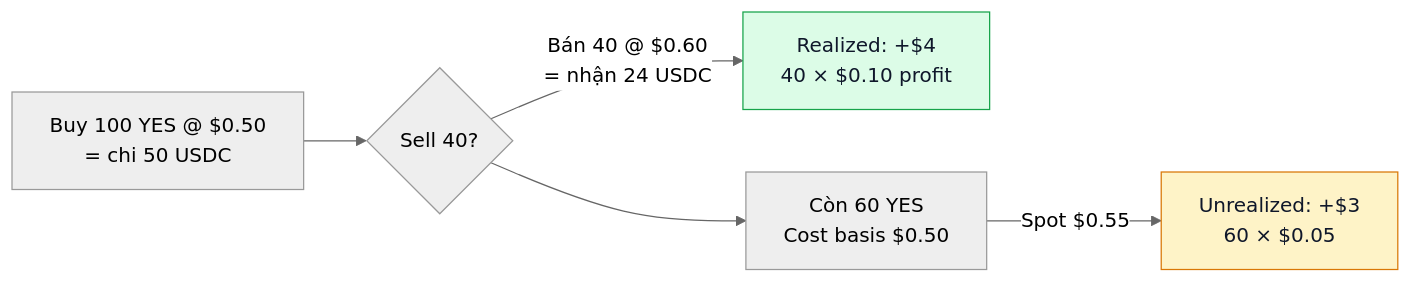
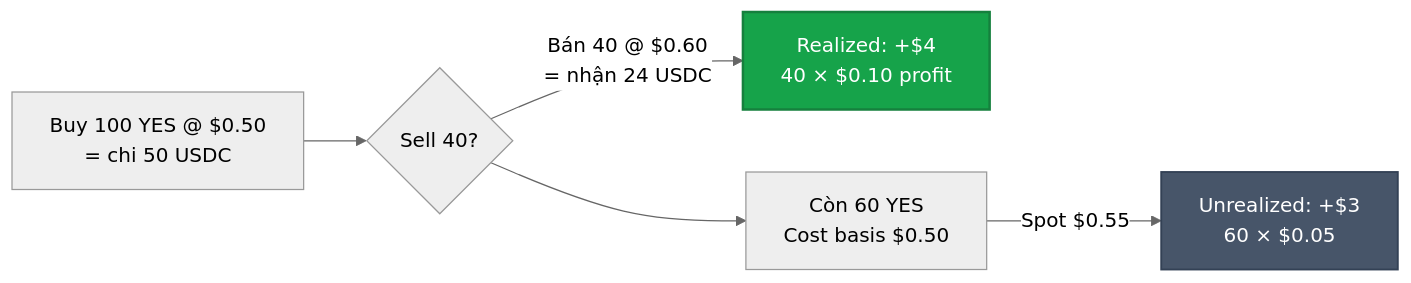
Before and after one commit to PrediX-Protocol/predix-docs: the second of 3 diagrams in vi_v6/huong-dan/portfolio.md, drawn with Mermaid (neutral theme). The commit also changed other lines of this file and 32 other files, not shown here.

First line of the commit message:
docs(vi_v6): redesign Mermaid theme — solid mid-tone palette + dark theme

````diff
--- a/vi_v6/huong-dan/portfolio.md
+++ b/vi_v6/huong-dan/portfolio.md
@@ -38,12 +38,12 @@
 ```mermaid
 flowchart LR
     Buy[Buy 100 YES @ $0.50<br/>= chi 50 USDC] --> Sell{Sell 40?}
     Sell -->|Bán 40 @ $0.60<br/>= nhận 24 USDC| Realized[Realized: +$4<br/>40 × $0.10 profit]
     Sell --> Hold[Còn 60 YES<br/>Cost basis $0.50]
     Hold -->|Spot $0.55| Unrealized[Unrealized: +$3<br/>60 × $0.05]
 
-    classDef r fill:#dcfce7,stroke:#16a34a,color:#0f172a
-    classDef u fill:#fef3c7,stroke:#d97706,color:#0f172a
+    classDef r fill:#16a34a,stroke:#15803d,color:#fff,stroke-width:2px
+    classDef u fill:#475569,stroke:#334155,color:#fff,stroke-width:1.5px
     class Realized r
     class Unrealized u
 ```
````
